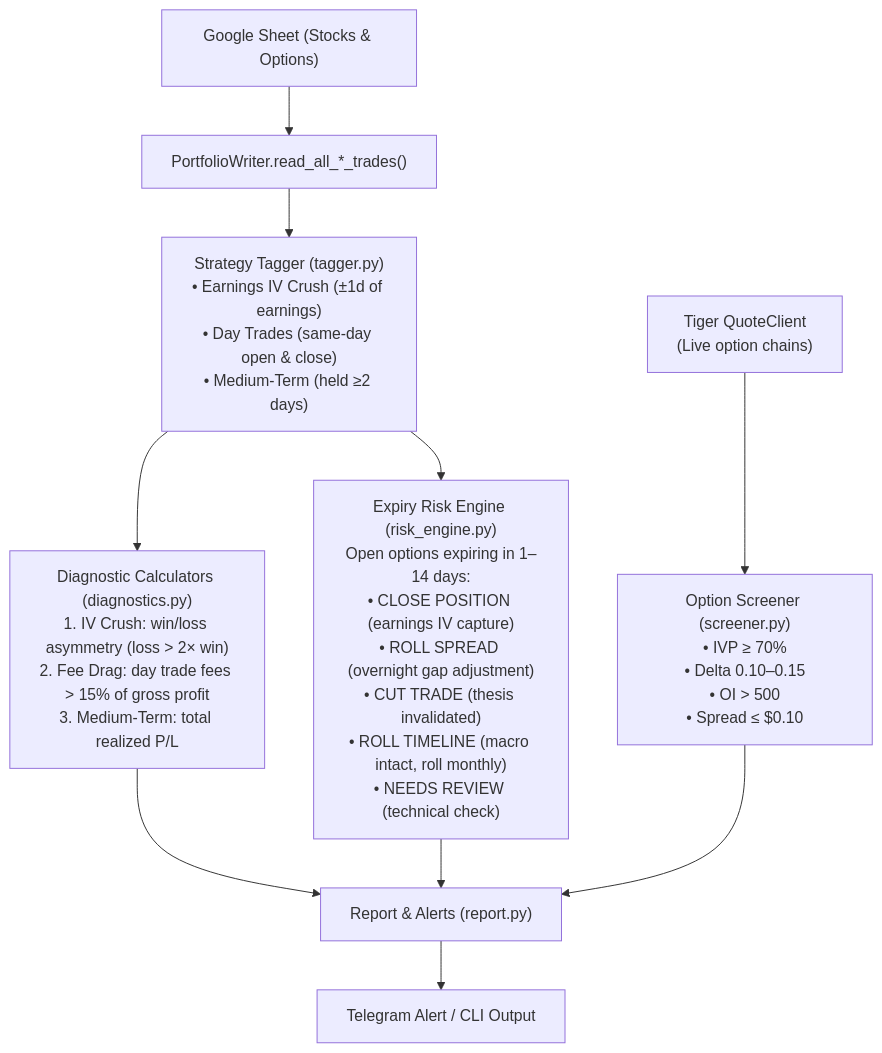
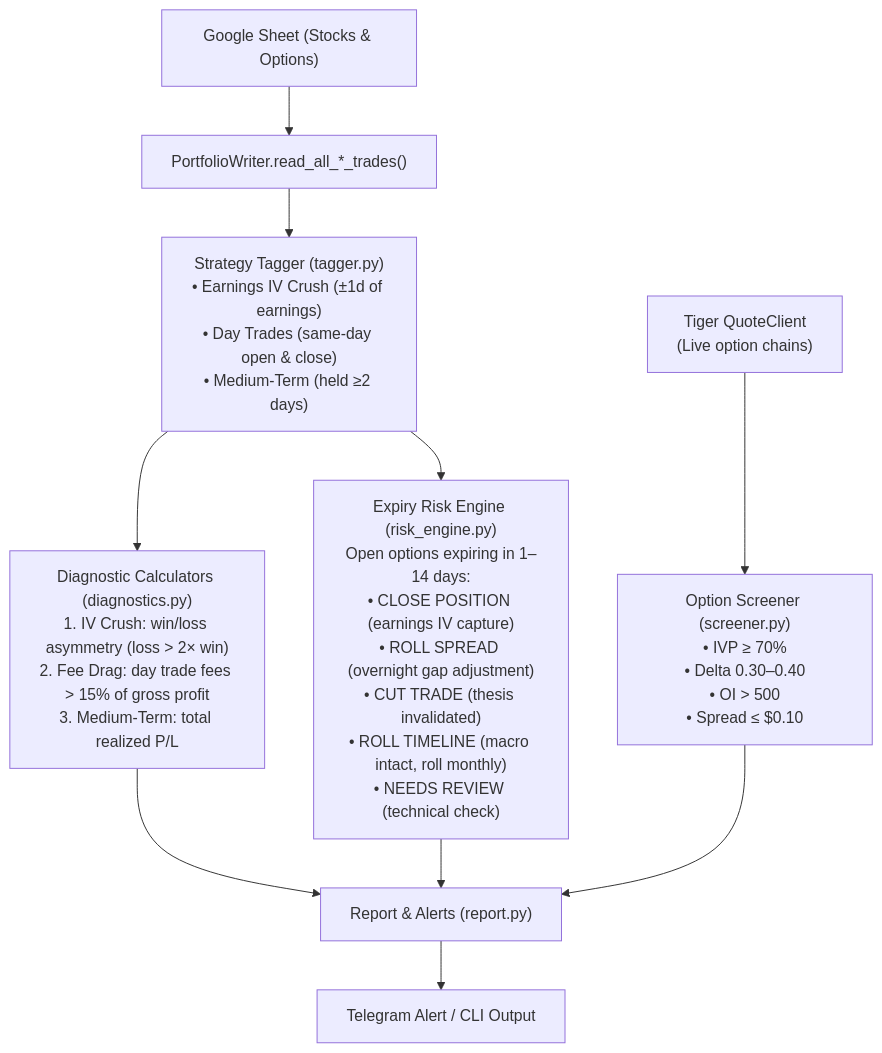
One commit to leshweyeewin/broker-portfolio-sync changed the third of 6 diagrams in README.md. Above: the diagram before and after it, drawn with Mermaid. The commit also changed other lines of this file and 15 other files, not shown here.

````diff
--- a/README.md
+++ b/README.md
@@ -136,12 +138,12 @@
 ```mermaid
 flowchart TD
     GS["Google Sheet (Stocks & Options)"] --> READ["PortfolioWriter.read_all_*_trades()"]
     READ --> TAG["Strategy Tagger (tagger.py)<br/>• Earnings IV Crush (±1d of earnings)<br/>• Day Trades (same-day open & close)<br/>• Medium-Term (held ≥2 days)"]
     TAG --> DIAG["Diagnostic Calculators (diagnostics.py)<br/>1. IV Crush: win/loss asymmetry (loss > 2× win)<br/>2. Fee Drag: day trade fees > 15% of gross profit<br/>3. Medium-Term: total realized P/L"]
     TAG --> RISK["Expiry Risk Engine (risk_engine.py)<br/>Open options expiring in 1–14 days:<br/>• CLOSE POSITION (earnings IV capture)<br/>• ROLL SPREAD (overnight gap adjustment)<br/>• CUT TRADE (thesis invalidated)<br/>• ROLL TIMELINE (macro intact, roll monthly)<br/>• NEEDS REVIEW (technical check)"]
-    CHAIN["Tiger QuoteClient<br/>(Live option chains)"] --> SCR["Option Screener (screener.py)<br/>• IVP ≥ 70%<br/>• Delta 0.10–0.15<br/>• OI > 500<br/>• Spread ≤ $0.10"]
+    CHAIN["Tiger QuoteClient<br/>(Live option chains)"] --> SCR["Option Screener (screener.py)<br/>• IVP ≥ 70%<br/>• Delta 0.30–0.40<br/>• OI > 500<br/>• Spread ≤ $0.10"]
     DIAG --> REP["Report & Alerts (report.py)"]
     RISK --> REP
     SCR --> REP
     REP --> TG["Telegram Alert / CLI Output"]
 ```
````
